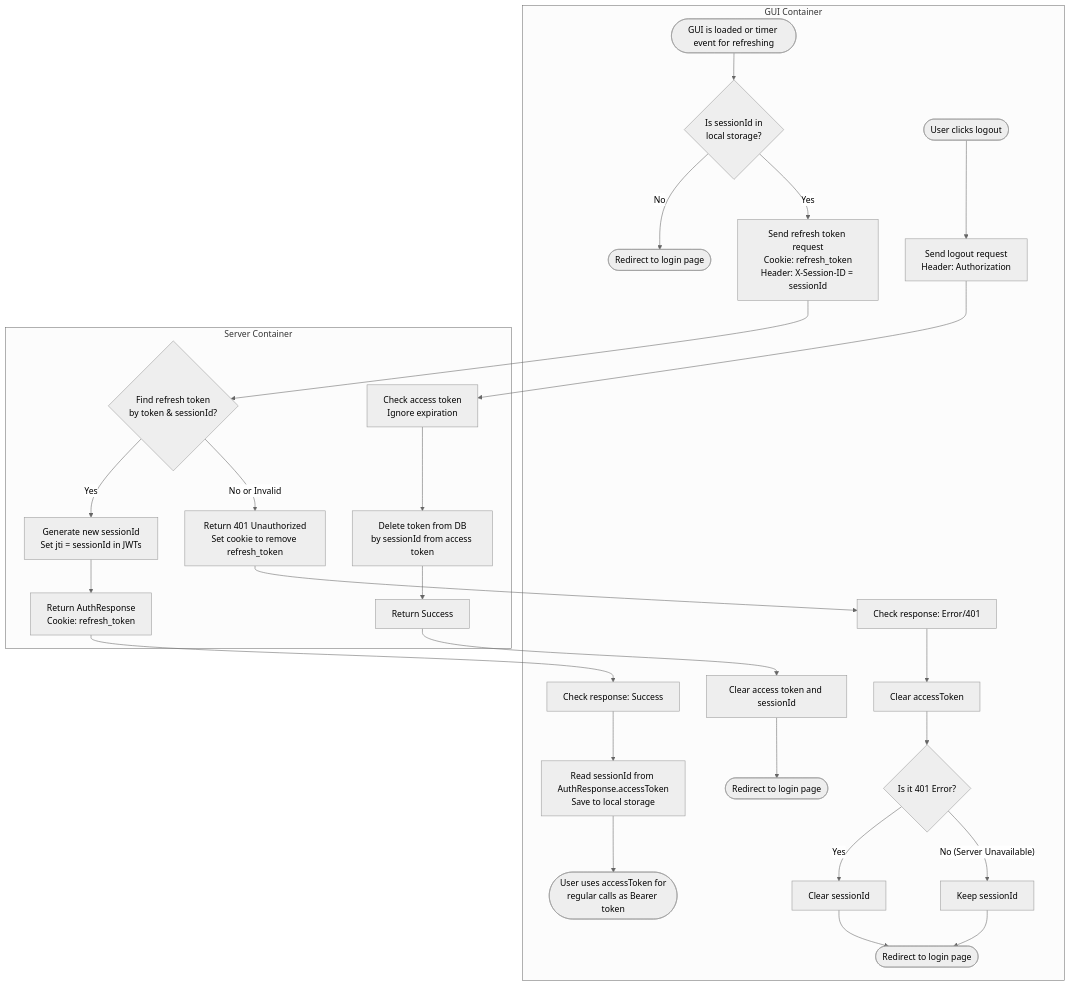
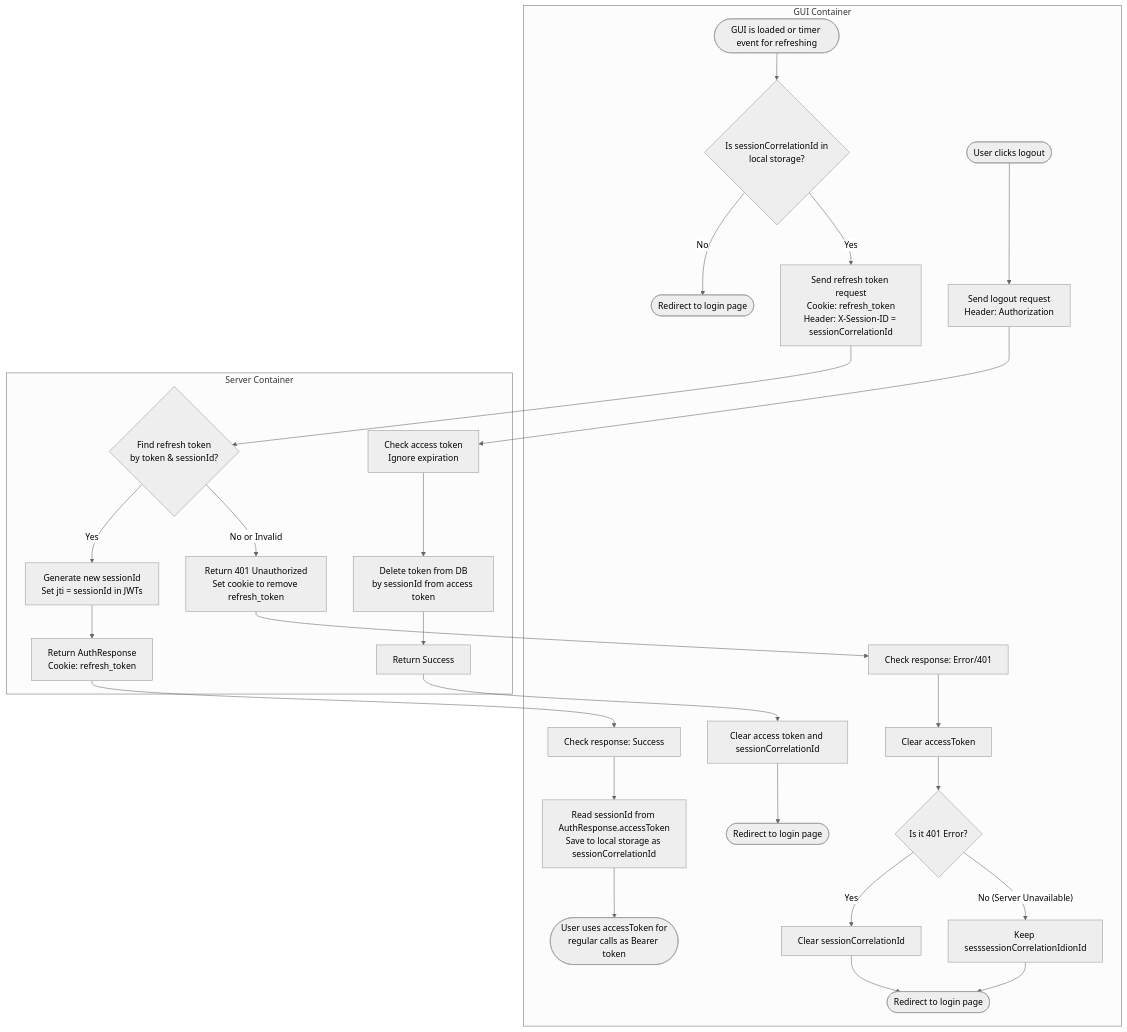
Before and after one commit to olshanskyev/fourletters-meta: the diagram in doc/algorithms/auth.md, drawn with Mermaid (neutral theme). The commit also changed other lines of this file and 4 other files, not shown here.

````diff
--- a/doc/algorithms/auth.md
+++ b/doc/algorithms/auth.md
@@ -21,73 +21,73 @@
 ```mermaid
 flowchart TD
     %% GUI Container Nodes
     subgraph GUI [GUI Container]
         Start([GUI is loaded or timer event for refreshing])
-        CheckSession{Is sessionId in<br/>local storage?}
+        CheckSession{Is sessionCorrelationId in<br/>local storage?}
         GoToLogin([Redirect to login page])
-        SendRefresh[Send refresh token request<br/>Cookie: refresh_token<br/>Header: X-Session-ID = sessionId]
+        SendRefresh[Send refresh token request<br/>Cookie: refresh_token<br/>Header: X-Session-ID = sessionCorrelationId]
 
         Gui_CheckSuccess[Check response: Success]
-        Gui_SaveToken[Read sessionId from AuthResponse.accessToken<br/>Save to local storage]
+        Gui_SaveToken[Read sessionId from AuthResponse.accessToken<br/>Save to local storage as sessionCorrelationId]
         Gui_NormalCall([User uses accessToken for<br/>regular calls as Bearer token])
 
         Gui_CheckFail[Check response: Error/401]
         Gui_ClearToken[Clear accessToken]
         Gui_Is401{Is it 401 Error?}
-        Gui_ClearSession[Clear sessionId]
-        Gui_SkipClearSession[Keep sessionId]
+        Gui_ClearSession[Clear sessionCorrelationId]
+        Gui_SkipClearSession[Keep sesssessionCorrelationIdionId]
         GoToLogin2([Redirect to login page])
 
         Gui_Logout([User clicks logout])
         Gui_SendLogout[Send logout request<br/>Header: Authorization]
 
-        Gui_ClearAll[Clear access token and sessionId]
+        Gui_ClearAll[Clear access token and sessionCorrelationId]
         GoToLogin3([Redirect to login page])
     end
 
     %% Server Container Nodes
     subgraph Server [Server Container]
         BE_Check{Find refresh token<br/>by token & sessionId?}
         BE_Success[Generate new sessionId<br/>Set jti = sessionId in JWTs]
         BE_ReturnSuccess[Return AuthResponse<br/>Cookie: refresh_token]
         BE_ReturnFail[Return 401 Unauthorized<br/>Set cookie to remove refresh_token]
 
         BE_CheckLogout[Check access token<br/>Ignore expiration]
         BE_DeleteToken[Delete token from DB<br/>by sessionId from access token]
         BE_ReturnLogout[Return Success]
     end
 
     %% Step 1-3
     Start --> CheckSession
     CheckSession -- No --> GoToLogin
     CheckSession -- Yes --> SendRefresh
 
     %% Step 4-5
     SendRefresh --> BE_Check
     BE_Check -- Yes --> BE_Success
     BE_Success --> BE_ReturnSuccess
     BE_Check -- No or Invalid --> BE_ReturnFail
 
     %% Step 6-7 (Success)
     BE_ReturnSuccess --> Gui_CheckSuccess
     Gui_CheckSuccess --> Gui_SaveToken
     Gui_SaveToken --> Gui_NormalCall
 
     %% Step 6 (Fail)
     BE_ReturnFail --> Gui_CheckFail
     Gui_CheckFail --> Gui_ClearToken
     Gui_ClearToken --> Gui_Is401
     Gui_Is401 -- Yes --> Gui_ClearSession
     Gui_Is401 -- No (Server Unavailable) --> Gui_SkipClearSession
     Gui_ClearSession --> GoToLogin2
     Gui_SkipClearSession --> GoToLogin2
 
     %% Step 8
     Gui_Logout --> Gui_SendLogout
     Gui_SendLogout --> BE_CheckLogout
     BE_CheckLogout --> BE_DeleteToken
     BE_DeleteToken --> BE_ReturnLogout
 
     BE_ReturnLogout --> Gui_ClearAll
     Gui_ClearAll --> GoToLogin3
 ```
````
